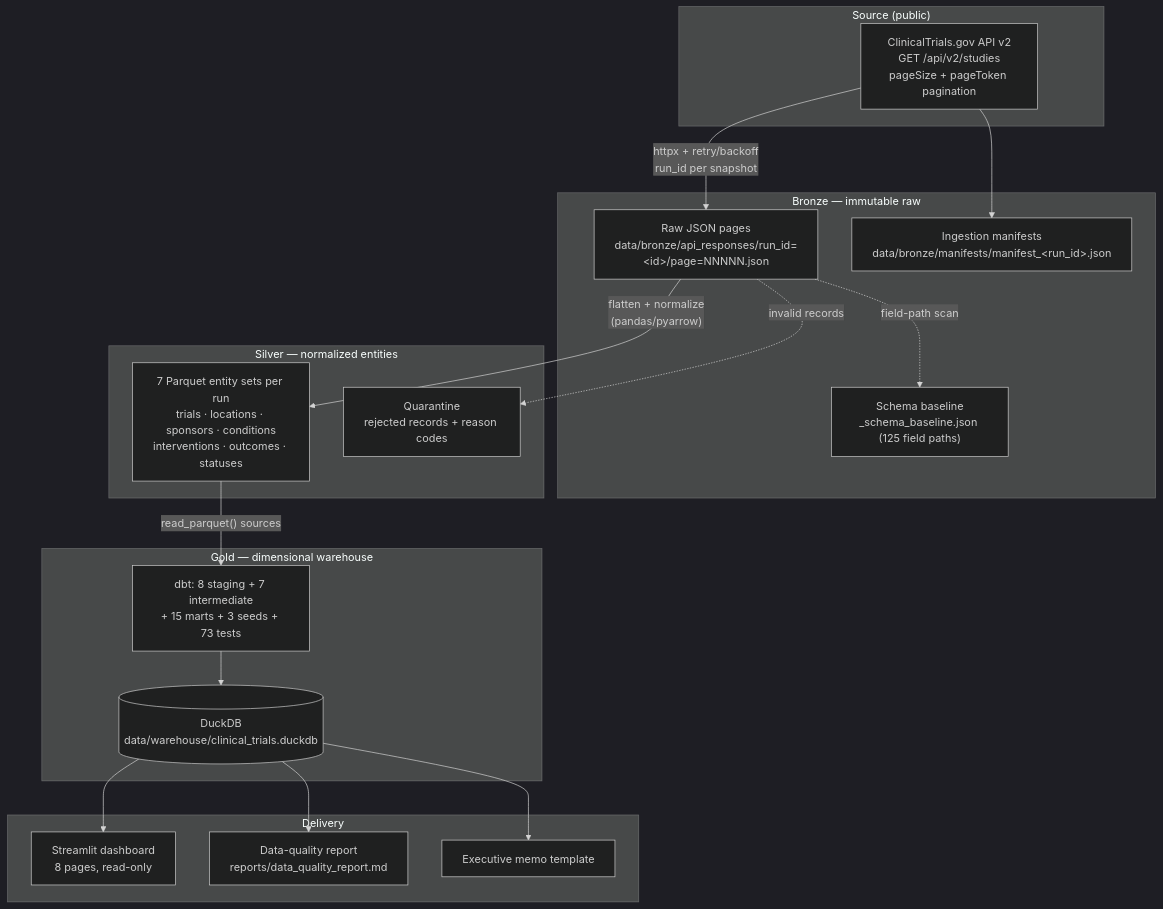
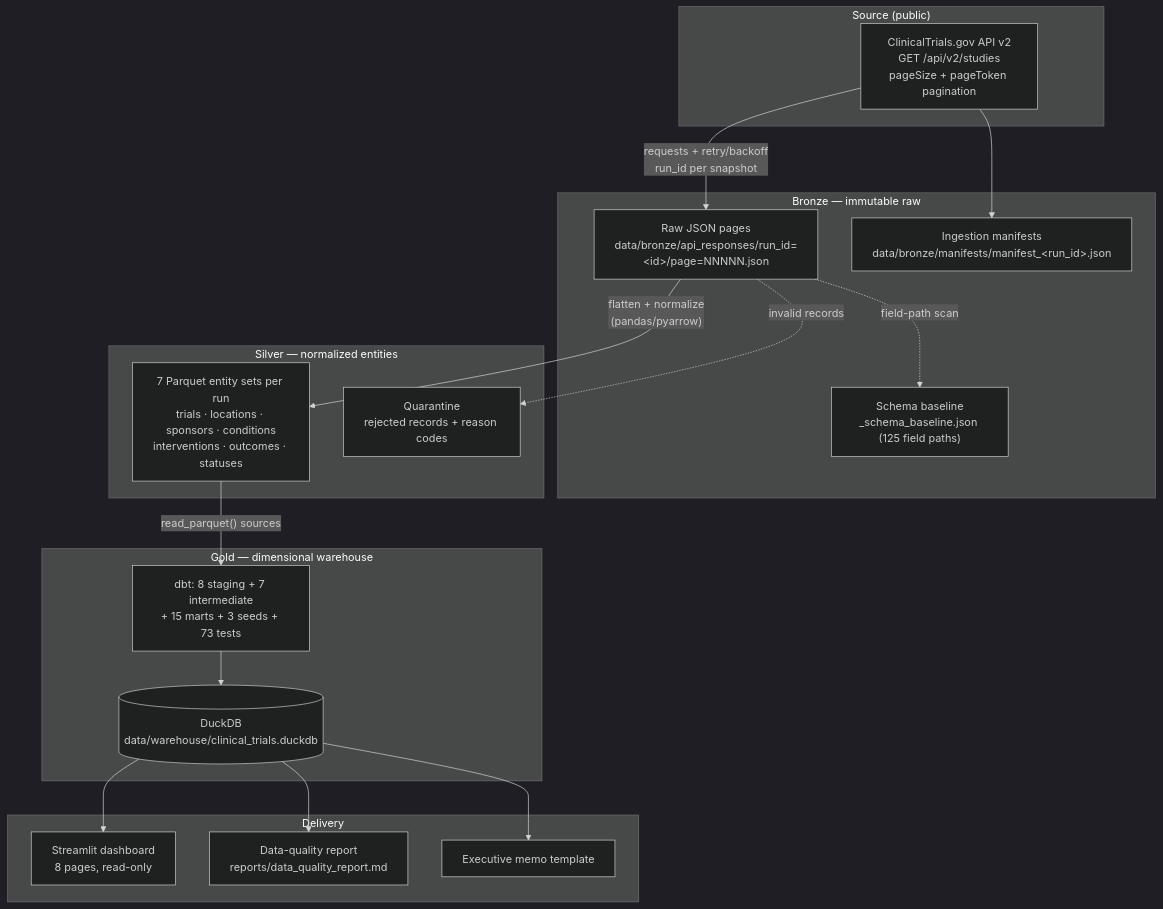
Before and after one commit to ne1cc/clinical-trial-intelligence: the fourth of 14 diagrams in PROJECT_DOCUMENTATION.md, drawn with Mermaid (dark theme). The commit also changed other lines of this file and 8 other files, not shown here.

First line of the commit message:
fix(ingest): replace httpx with requests in ClinicalTrials.gov client

````diff
--- a/PROJECT_DOCUMENTATION.md
+++ b/PROJECT_DOCUMENTATION.md
@@ -133,39 +133,39 @@
 ```mermaid
 flowchart TB
     subgraph SRC["Source (public)"]
         CTG["ClinicalTrials.gov API v2<br/>GET /api/v2/studies<br/>pageSize + pageToken pagination"]
     end
 
     subgraph BRONZE["Bronze — immutable raw"]
         RAW["Raw JSON pages<br/>data/bronze/api_responses/run_id=&lt;id&gt;/page=NNNNN.json"]
         MAN["Ingestion manifests<br/>data/bronze/manifests/manifest_&lt;run_id&gt;.json"]
         BASE["Schema baseline<br/>_schema_baseline.json (125 field paths)"]
     end
 
     subgraph SILVER["Silver — normalized entities"]
         PQ["7 Parquet entity sets per run<br/>trials · locations · sponsors · conditions<br/>interventions · outcomes · statuses"]
         QUAR["Quarantine<br/>rejected records + reason codes"]
     end
 
     subgraph GOLD["Gold — dimensional warehouse"]
         DUCK[("DuckDB<br/>data/warehouse/clinical_trials.duckdb")]
         DBT["dbt: 8 staging + 7 intermediate<br/>+ 15 marts + 3 seeds + 73 tests"]
     end
 
     subgraph DELIVERY["Delivery"]
         APP["Streamlit dashboard<br/>8 pages, read-only"]
         DQ["Data-quality report<br/>reports/data_quality_report.md"]
         MEMO["Executive memo template"]
     end
 
-    CTG -->|"httpx + retry/backoff<br/>run_id per snapshot"| RAW
+    CTG -->|"requests + retry/backoff<br/>run_id per snapshot"| RAW
     CTG --> MAN
     RAW -->|"flatten + normalize<br/>(pandas/pyarrow)"| PQ
     RAW -.->|invalid records| QUAR
     RAW -.->|field-path scan| BASE
     PQ -->|"read_parquet() sources"| DBT
     DBT --> DUCK
     DUCK --> APP
     DUCK --> DQ
     DUCK --> MEMO
 ```
````
